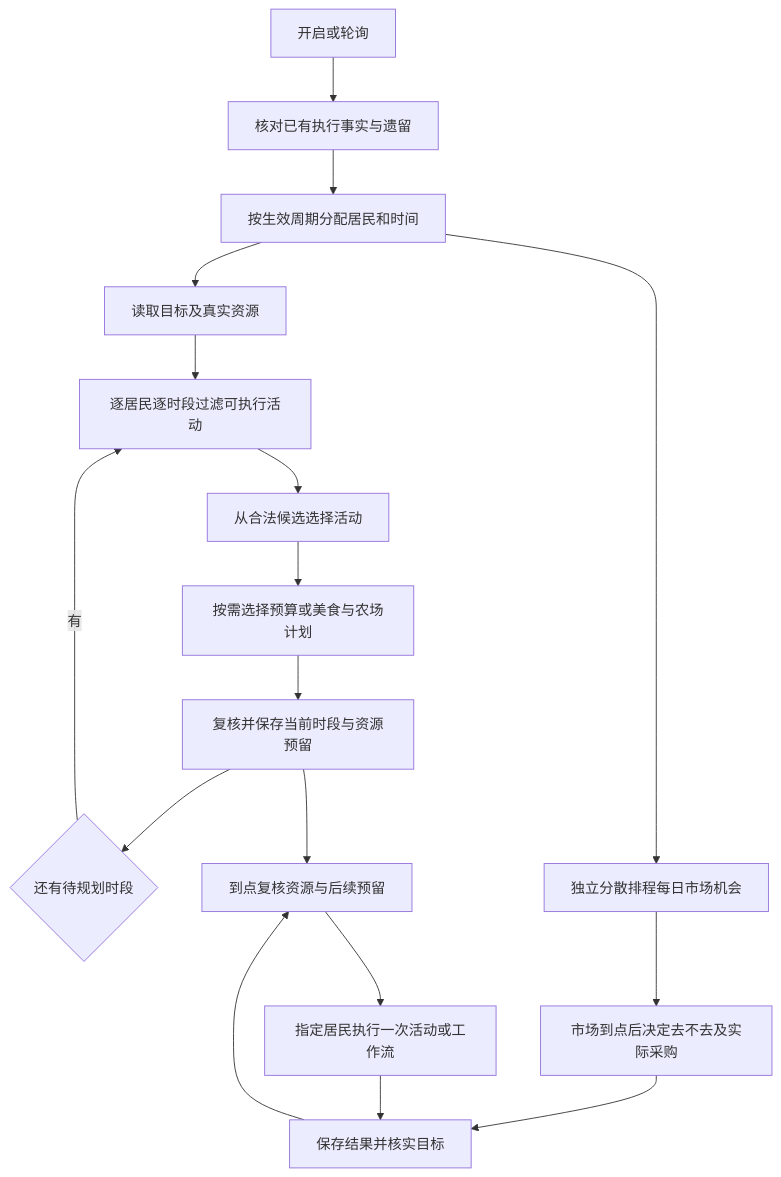
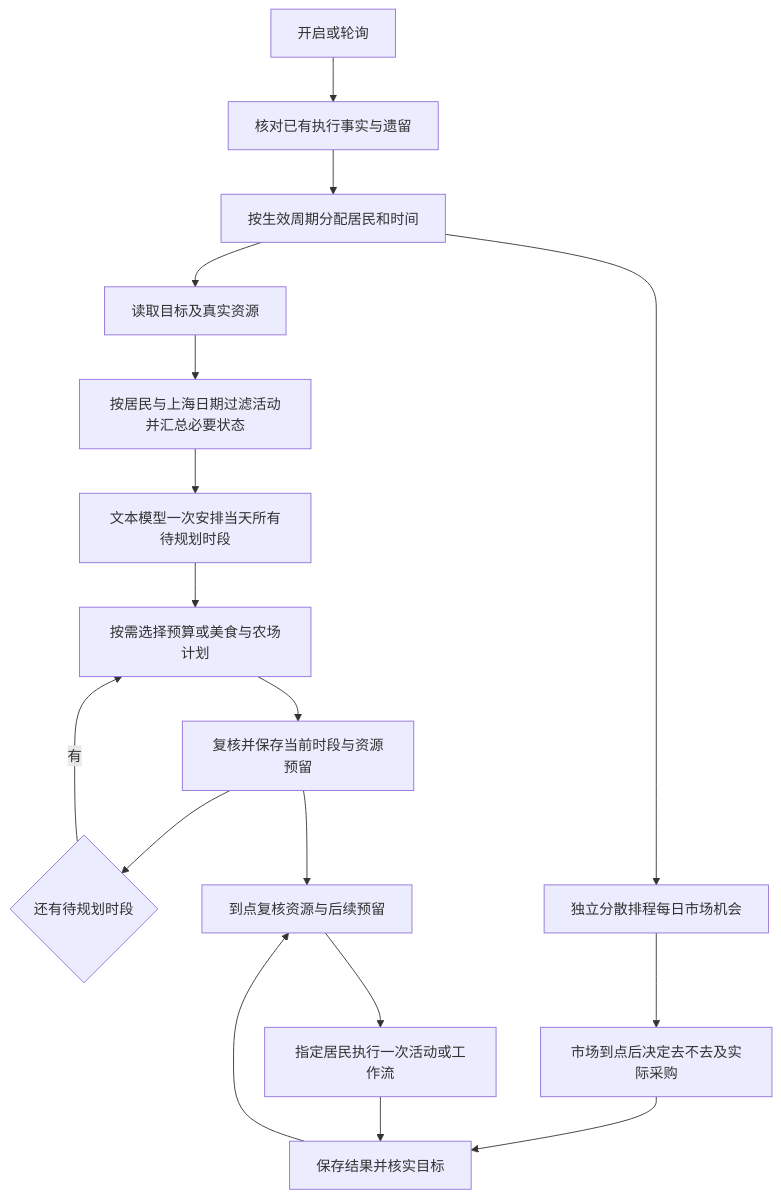
Before and after one commit to TangerineSpecter/O-Doc: the first of 5 diagrams in docs/agents/Agent世界统一生活执行说明.md, drawn with Mermaid. The commit also changed other lines of this file and 89 other files, not shown here.

Commit message:
feat: 新增新手区域新芽草甸及四只普通魔物 1. 新增新芽草甸地牢，无首领，仅生成普通魔物 2. 新增绒耳兔、叶壳甲虫、晨光萤、洞穴晶蜥四只魔物 3. 新增对应素材、掉落、攻击动作及视觉配置 4. 更新战斗目录、图鉴及相关代码逻辑

````diff
--- a/docs/agents/Agent世界统一生活执行说明.md
+++ b/docs/agents/Agent世界统一生活执行说明.md
@@ -11,19 +11,19 @@
 ```mermaid
 flowchart TD
     A[开启或轮询] --> B[核对已有执行事实与遗留]
     B --> C[按生效周期分配居民和时间]
     C --> D[读取目标及真实资源]
-    D --> S[逐居民逐时段过滤可执行活动]
-    S --> A1[从合法候选选择活动]
+    D --> S[按居民与上海日期过滤活动并汇总必要状态]
+    S --> A1[文本模型一次安排当天所有待规划时段]
     A1 --> B1[按需选择预算或美食与农场计划]
     B1 --> F[复核并保存当前时段与资源预留]
     F --> N{还有待规划时段}
-    N -->|有| S
+    N -->|有| B1
     C --> E[独立分散排程每日市场机会]
     E --> M[市场到点后决定去不去及实际采购]
     M --> I
     F --> G[到点复核资源与后续预留]
     G --> H[指定居民执行一次活动或工作流]
     H --> I[保存结果并核实目标]
     I --> G
 ```
````
